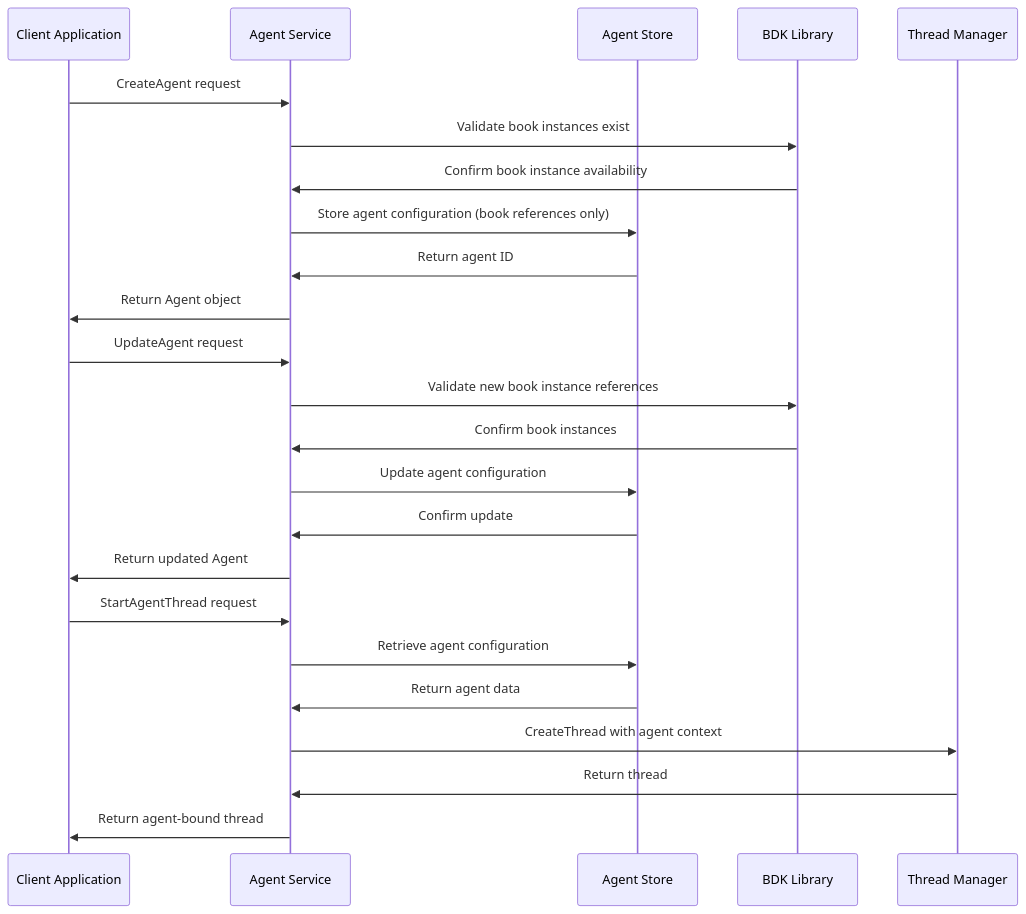
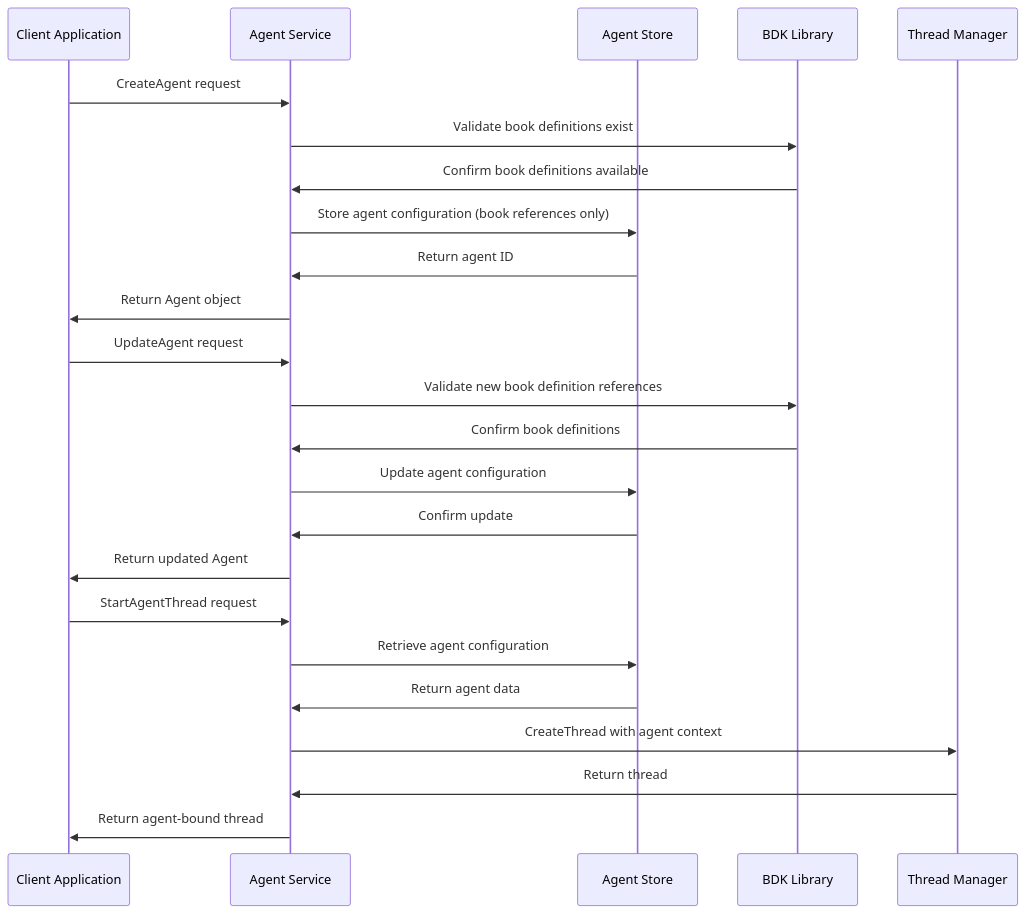
Before and after one commit to 3miliano/voyager-architecture: the first of 2 diagrams in docs/chat-agent-services/agent-service.md, drawn with Mermaid. The commit also changed other lines of this file, not shown here.

First line of the commit message:
Fix remaining book_instance_id references in REST API examples

````diff
--- a/docs/chat-agent-services/agent-service.md
+++ b/docs/chat-agent-services/agent-service.md
@@ -117,29 +117,29 @@
 ```mermaid
 sequenceDiagram
     participant Client as Client Application
     participant AgentSvc as Agent Service
     participant AgentStore as Agent Store
     participant BDK as BDK Library
     participant ThreadMgr as Thread Manager
 
     Client->>AgentSvc: CreateAgent request
-    AgentSvc->>BDK: Validate book instances exist
-    BDK->>AgentSvc: Confirm book instance availability
+    AgentSvc->>BDK: Validate book definitions exist
+    BDK->>AgentSvc: Confirm book definitions available
     AgentSvc->>AgentStore: Store agent configuration (book references only)
     AgentStore->>AgentSvc: Return agent ID
     AgentSvc->>Client: Return Agent object
 
     Client->>AgentSvc: UpdateAgent request
-    AgentSvc->>BDK: Validate new book instance references
-    BDK->>AgentSvc: Confirm book instances
+    AgentSvc->>BDK: Validate new book definition references
+    BDK->>AgentSvc: Confirm book definitions
     AgentSvc->>AgentStore: Update agent configuration
     AgentStore->>AgentSvc: Confirm update
     AgentSvc->>Client: Return updated Agent
 
     Client->>AgentSvc: StartAgentThread request
     AgentSvc->>AgentStore: Retrieve agent configuration
     AgentStore->>AgentSvc: Return agent data
     AgentSvc->>ThreadMgr: CreateThread with agent context
     ThreadMgr->>AgentSvc: Return thread
     AgentSvc->>Client: Return agent-bound thread
 ```
````
